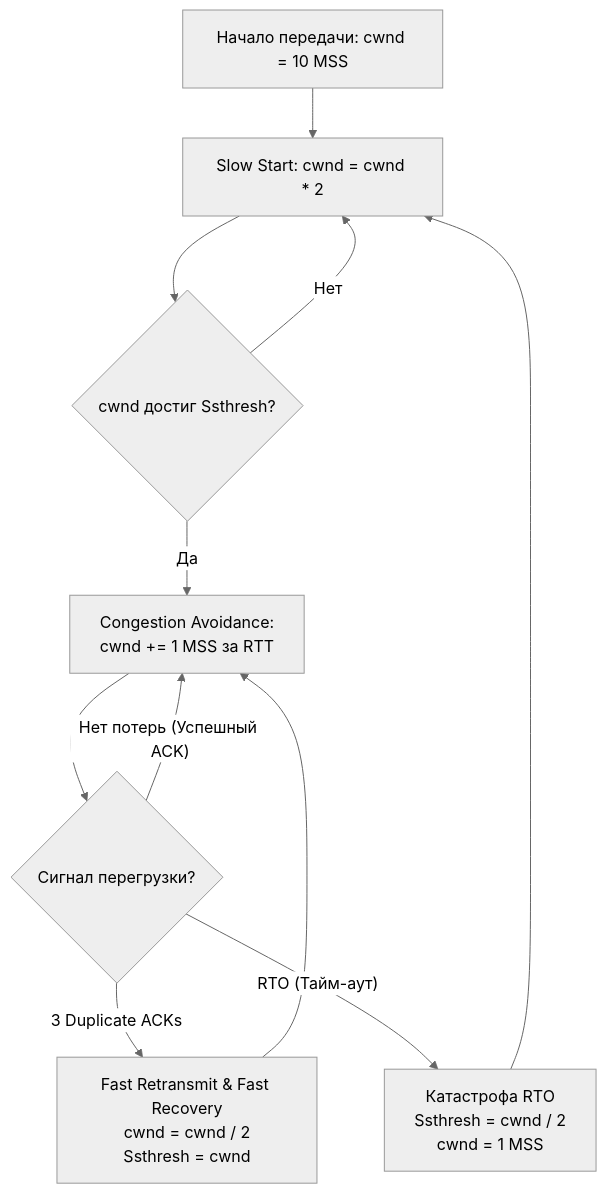
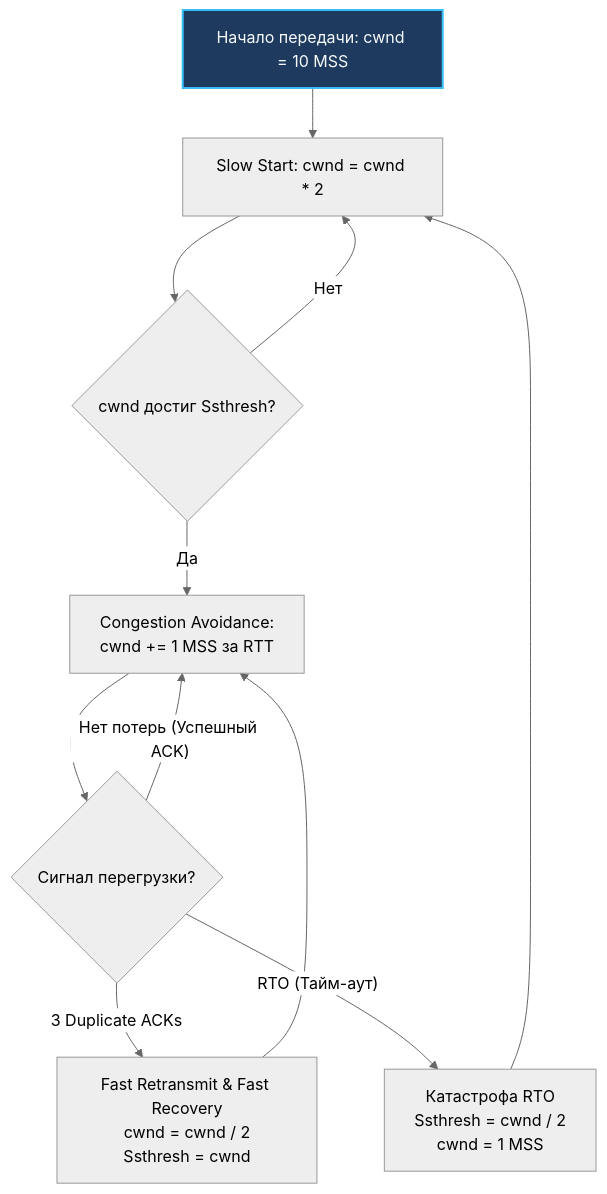
Before and after one commit to UnrealTemplier/go-textbook: the second of 4 diagrams in sources/3. Компьютерные сети и сетевой стек/13. Congestion Algorithms. Reno, Cubic, BBR.md, drawn with Mermaid (neutral theme). The commit also changed other lines of this file and 1666 other files, not shown here.

First line of the commit message:
feat(mermaid): add semantic color classDef to 1369 colorless flowchart/graph diagrams

````diff
--- a/sources/3. Компьютерные сети и сетевой стек/13. Congestion Algorithms. Reno, Cubic, BBR.md
+++ b/sources/3. Компьютерные сети и сетевой стек/13. Congestion Algorithms. Reno, Cubic, BBR.md
@@ -82,13 +92,23 @@
 ```mermaid
 flowchart TD
-    A["Начало передачи: cwnd = 10 MSS"] --> B["Slow Start: cwnd = cwnd * 2"]
+    classDef process  fill:#1e293b,stroke:#38bdf8,stroke-width:1px,color:#f8fafc
+    classDef success  fill:#064e3b,stroke:#34d399,stroke-width:1px,color:#f8fafc
+    classDef error    fill:#7f1d1d,stroke:#f87171,stroke-width:1px,color:#f8fafc
+    classDef warning  fill:#78350f,stroke:#fbbf24,stroke-width:1px,color:#f8fafc
+    classDef entry    fill:#1e3a5f,stroke:#38bdf8,stroke-width:2px,color:#f8fafc
+    classDef aux      fill:#334155,stroke:#64748b,stroke-width:1px,color:#f8fafc
+    classDef system   fill:#312e81,stroke:#a78bfa,stroke-width:1px,color:#f8fafc
+    classDef data     fill:#132d29,stroke:#2dd4bf,stroke-width:1px,color:#f8fafc
+    classDef network  fill:#881337,stroke:#fb7185,stroke-width:1px,color:#f8fafc
+    classDef accent   fill:#1e1b4b,stroke:#818cf8,stroke-width:1px,color:#f8fafc
+    A["Начало передачи: cwnd = 10 MSS"]:::entry --> B["Slow Start: cwnd = cwnd * 2"]
     B --> C{"cwnd достиг Ssthresh?"}
     C -->|Нет| B
     C -->|Да| D["Congestion Avoidance:<br>cwnd += 1 MSS за RTT"]
     D --> E{"Сигнал перегрузки?"}
     E -->|"3 Duplicate ACKs"| F["Fast Retransmit & Fast Recovery<br>cwnd = cwnd / 2<br>Ssthresh = cwnd"]
     F --> D
     E -->|"RTO (Тайм-аут)"| G["Катастрофа RTO<br>Ssthresh = cwnd / 2<br>cwnd = 1 MSS"]
     G --> B
     E -->|"Нет потерь (Успешный ACK)"| D
 ```
````
